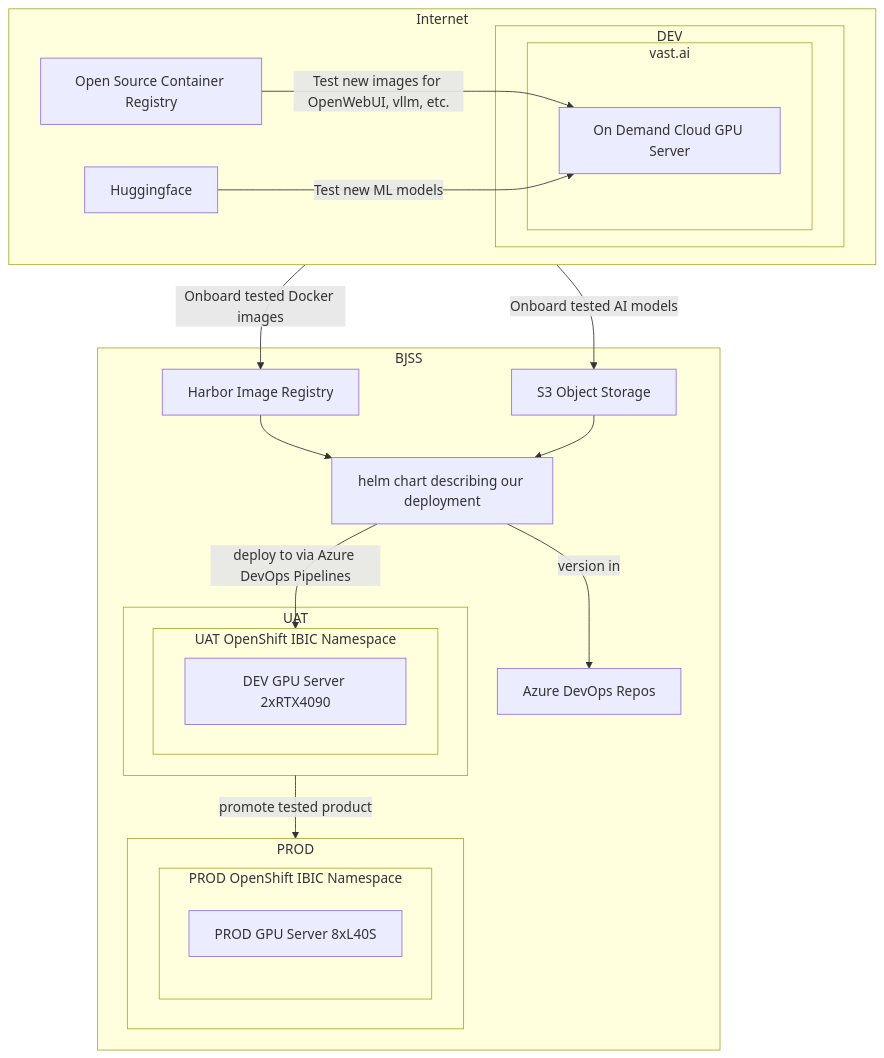
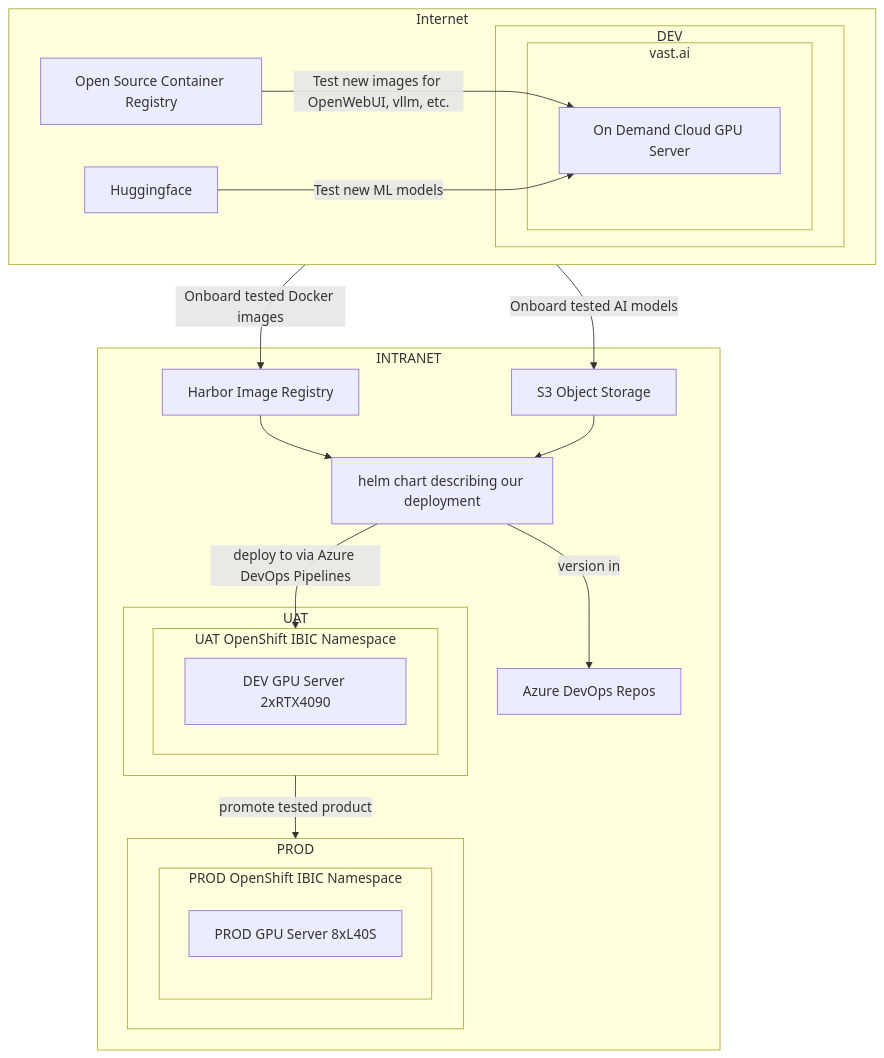
Before and after one commit to tim-roethig/ai-platform: the second of 2 diagrams in README.md, drawn with Mermaid.

````diff
--- a/README.md
+++ b/README.md
@@ -63,60 +63,60 @@
 ```mermaid
 graph TD
     A[Open Source Container Registry]
     HF[Huggingface]
     B[On Demand Cloud GPU Server]
     HELM[helm chart describing our deployment]
     C[Harbor Image Registry]
     D[Azure DevOps Repos]
     S3[S3 Object Storage]
     E[DEV GPU Server 2xRTX4090]
     F[PROD GPU Server 8xL40S]
 
     subgraph VAST_AI[vast.ai]
         B
     end
     subgraph UAT_OC[UAT OpenShift IBIC Namespace]
         E
     end
     subgraph PROD_OC[PROD OpenShift IBIC Namespace]
         F
     end
 
     subgraph DEV[DEV]
         VAST_AI
     end
     subgraph UAT[UAT]
         UAT_OC
     end
     subgraph PROD[PROD]
         PROD_OC
     end
 
-    subgraph BJSS[BJSS]
+    subgraph Intranet[INTRANET]
         C
         D
         S3
         HELM
         UAT
         PROD
     end
 
     subgraph Internet[Internet]
         A
         HF
         DEV
     end
 
     A -- Test new images for OpenWebUI, vllm, etc. --> B
     HF -- Test new ML models --> B
 
     Internet -- Onboard tested Docker images --> C
     Internet -- Onboard tested AI models --> S3
 
     HELM -- version in --> D
     C --> HELM
     S3 --> HELM
 
     HELM -- deploy to via Azure DevOps Pipelines --> UAT_OC
     UAT -- promote tested product --> PROD
 ```
````
